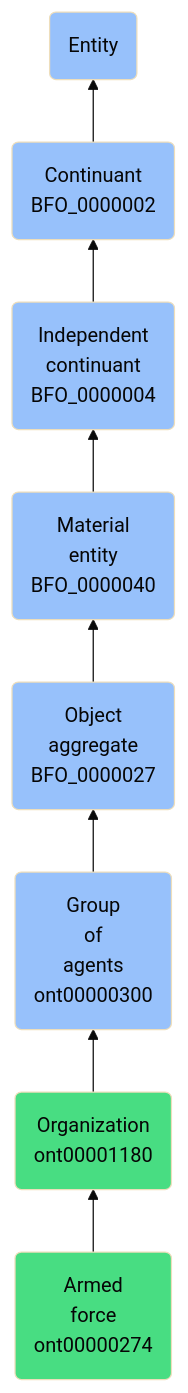
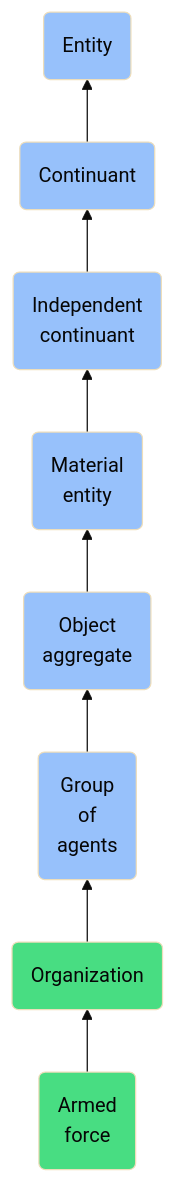
The diagram in docs/ontology/reference/model/Entity/Continuant/Independent continuant/Material entity/Object aggregate/Group of agents/Organization/Armed force/Armed force.md (jupyter-naas/abi), drawn with Mermaid (base theme) before and after one commit. The commit also changed other lines of this file and 1430 other files, not shown here.

````diff
--- a/docs/ontology/reference/model/Entity/Continuant/Independent continuant/Material entity/Object aggregate/Group of agents/Organization/Armed force/Armed force.md
+++ b/docs/ontology/reference/model/Entity/Continuant/Independent continuant/Material entity/Object aggregate/Group of agents/Organization/Armed force/Armed force.md
@@ -24,15 +24,15 @@
 ```mermaid
 graph BT
-    ont00000274(Armed<br>force<br>ont00000274):::ABI-->ont00001180
-    ont00001180(Organization<br>ont00001180):::ABI-->ont00000300
-    ont00000300(Group<br>of<br>agents<br>ont00000300):::BFO-->BFO_0000027
-    BFO_0000027(Object<br>aggregate<br>BFO_0000027):::BFO-->BFO_0000040
-    BFO_0000040(Material<br>entity<br>BFO_0000040):::BFO-->BFO_0000004
-    BFO_0000004(Independent<br>continuant<br>BFO_0000004):::BFO-->BFO_0000002
-    BFO_0000002(Continuant<br>BFO_0000002):::BFO-->BFO_0000001
+    ont00000274(Armed<br>force):::ABI-->ont00001180
+    ont00001180(Organization):::ABI-->ont00000300
+    ont00000300(Group<br>of<br>agents):::BFO-->BFO_0000027
+    BFO_0000027(Object<br>aggregate):::BFO-->BFO_0000040
+    BFO_0000040(Material<br>entity):::BFO-->BFO_0000004
+    BFO_0000004(Independent<br>continuant):::BFO-->BFO_0000002
+    BFO_0000002(Continuant):::BFO-->BFO_0000001
     BFO_0000001(Entity):::BFO
     
     classDef BFO fill:#97c1fb,color:#060606
     classDef CCO fill:#e4c51e,color:#060606
     classDef ABI fill:#48DD82,color:#060606
 ```
````
